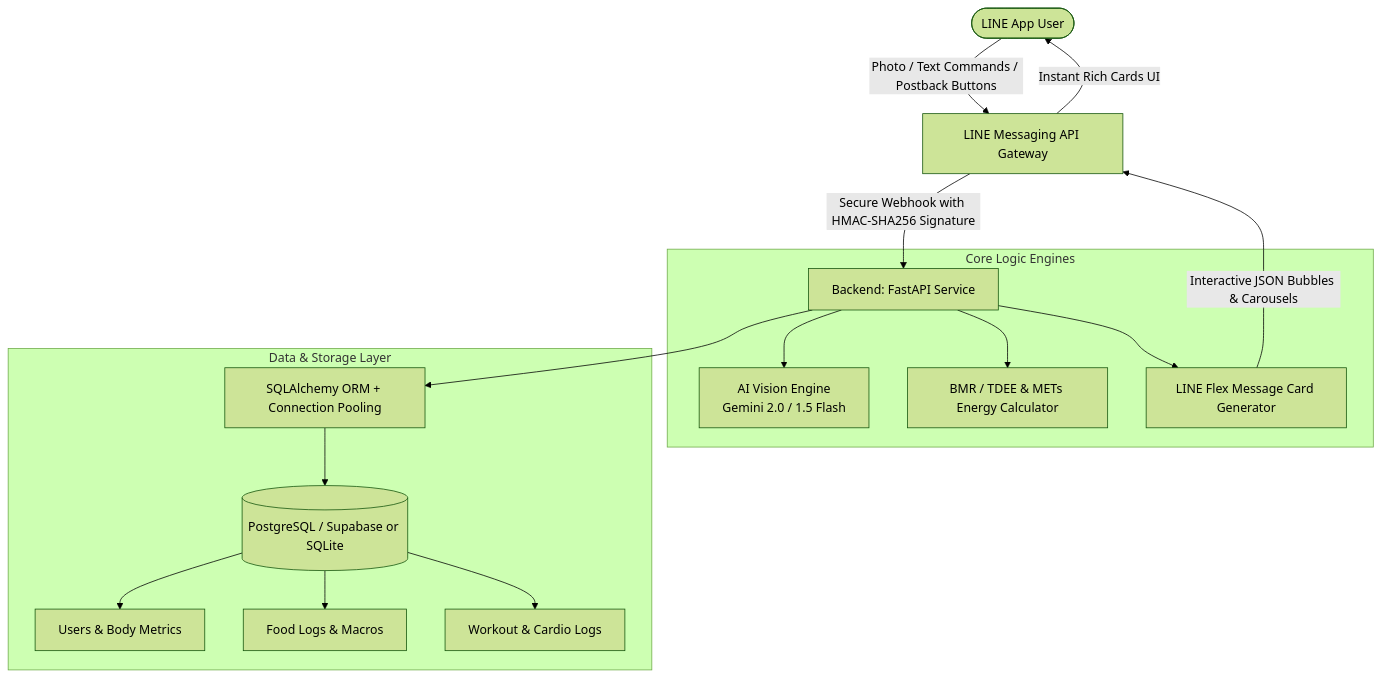
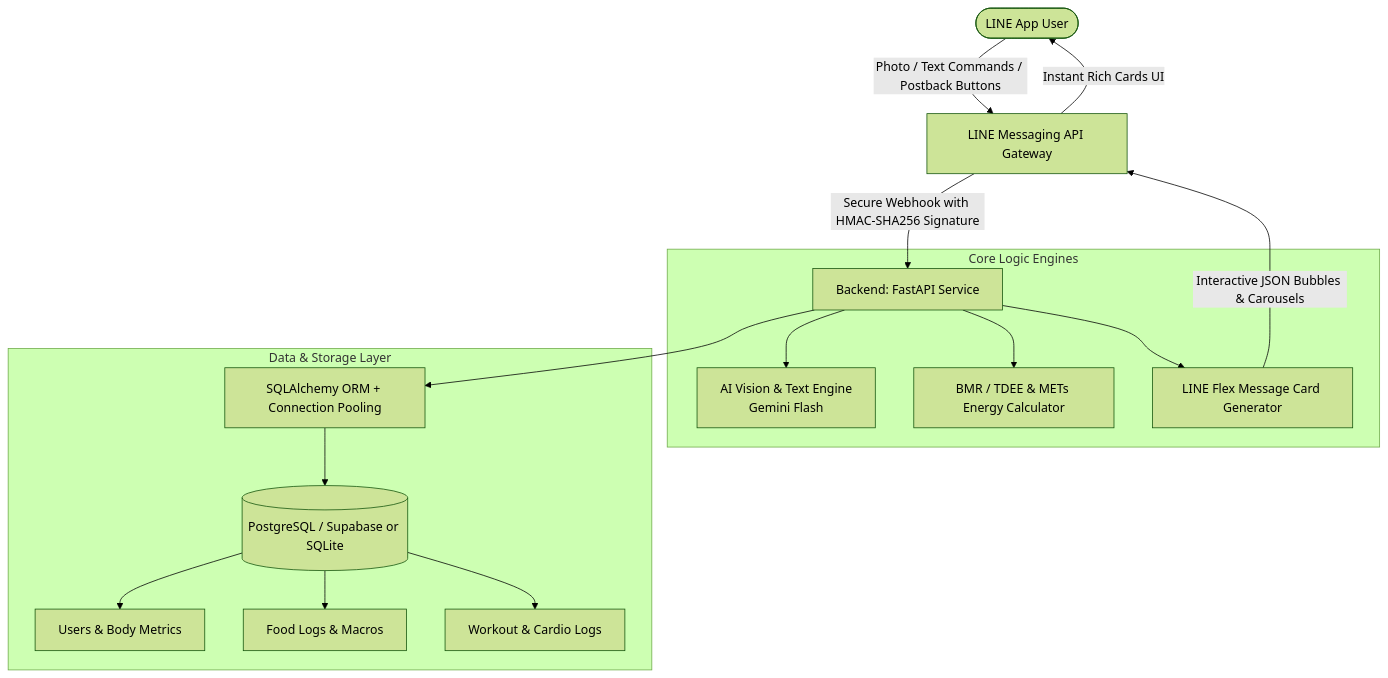
One commit to KpSuphakorn/line-cal changed the diagram in README.md. Above: the diagram before and after it, drawn with Mermaid (forest theme). The commit also changed other lines of this file and 2 other files, not shown here.

Commit message:
docs: describe the "+" item separator and drop stale model names
The LINE-facing copy (welcome, greeting, help card) already documents the
separator, but the written docs still described the old behaviour where the
AI decided how many items a typed message became. CONTEXT.md is the domain
reference read before any work here, so it now states the rule: a photo is
split by what the AI sees, typed text only where the user wrote "+".

Also drops "Gemini 2.0 / 1.5 Flash" from the architecture diagram — both were
retired for this account today.

````diff
--- a/README.md
+++ b/README.md
@@ -35,22 +35,22 @@
 ```mermaid
 flowchart TD
     User([LINE App User]) -->|Photo / Text Commands / Postback Buttons| LineGateway[LINE Messaging API Gateway]
     LineGateway -->|Secure Webhook with HMAC-SHA256 Signature| FastAPIServer[Backend: FastAPI Service]
 
     subgraph Core Logic Engines
-        FastAPIServer --> AICalEngine[AI Vision Engine\nGemini 2.0 / 1.5 Flash]
+        FastAPIServer --> AICalEngine[AI Vision & Text Engine\nGemini Flash]
         FastAPIServer --> FitnessEngine[BMR / TDEE & METs Energy Calculator]
         FastAPIServer --> FlexGenerator[LINE Flex Message Card Generator]
     end
 
     subgraph Data & Storage Layer
         FastAPIServer --> ORM[SQLAlchemy ORM + Connection Pooling]
         ORM --> DB[(PostgreSQL / Supabase or SQLite)]
         DB --> UsersTable[Users & Body Metrics]
         DB --> FoodTable[Food Logs & Macros]
         DB --> WorkoutTable[Workout & Cardio Logs]
     end
 
     FlexGenerator -->|Interactive JSON Bubbles & Carousels| LineGateway
     LineGateway -->|Instant Rich Cards UI| User
 ```
````
